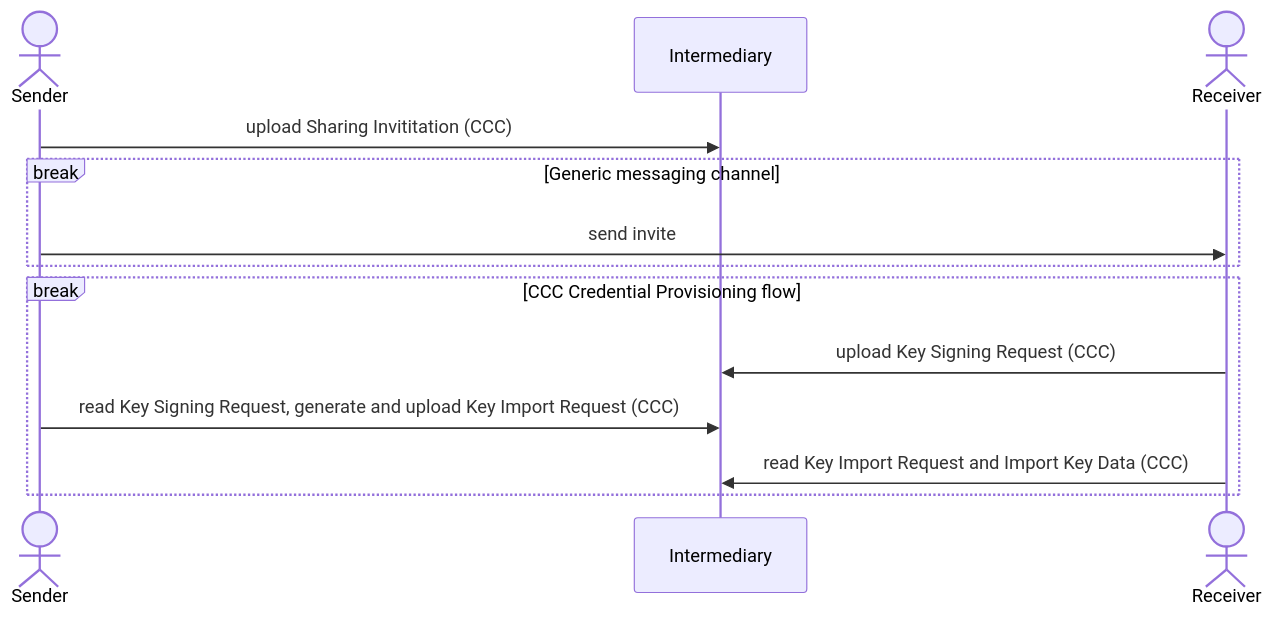
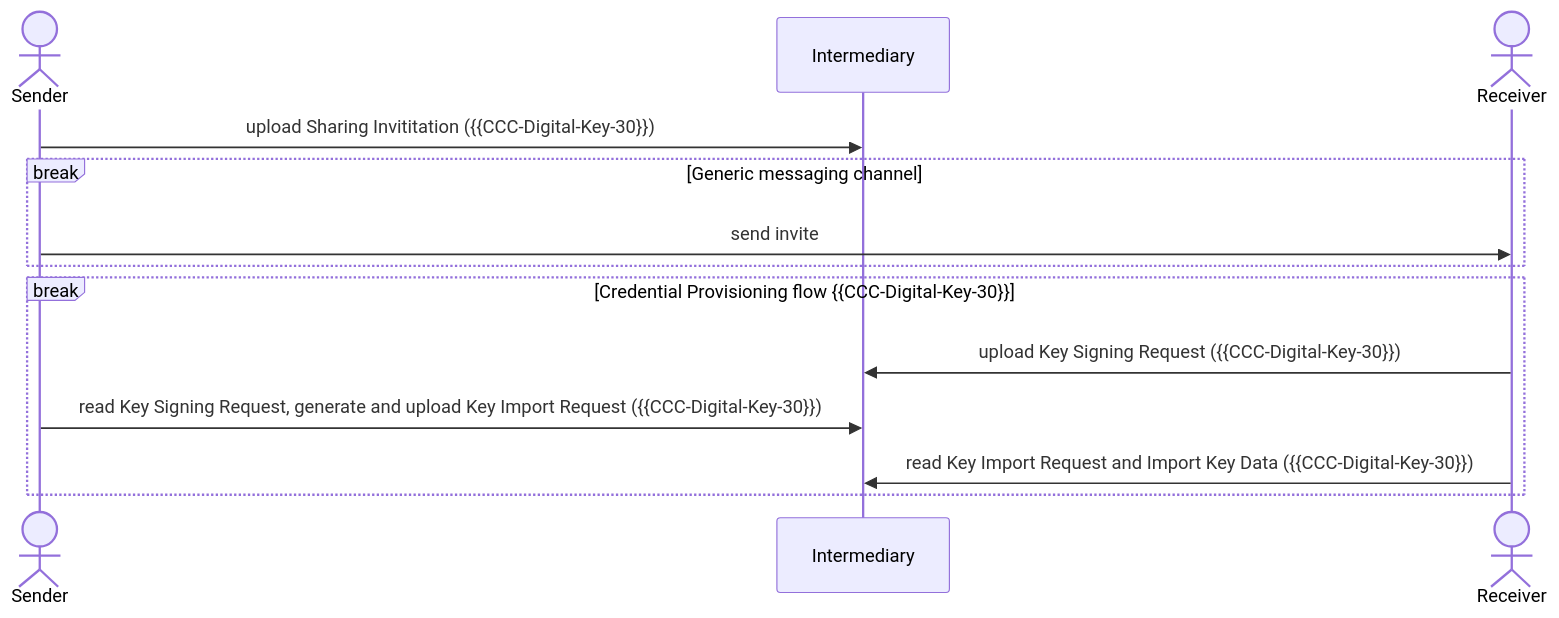
The first of 3 diagrams in draft-tigress-general-requirements.md (dimmyvi/tigress-general-requirements), drawn with Mermaid before and after one commit.

````diff
--- a/draft-tigress-general-requirements.md
+++ b/draft-tigress-general-requirements.md
@@ -87,15 +87,15 @@
 ```mermaid
 sequenceDiagram
     actor S as Sender
     participant I as Intermediary
     actor R as Receiver
-    S ->> I : upload Sharing Invititation (CCC)
+    S ->> I : upload Sharing Invititation ({{CCC-Digital-Key-30}})
     break Generic messaging channel
       S ->> R : send invite
     end
-    break CCC Credential Provisioning flow
-      R ->> I : upload Key Signing Request (CCC)
-      S ->> I : read Key Signing Request, generate and upload Key Import Request (CCC)
-      R ->> I : read Key Import Request and Import Key Data (CCC)
+    break Credential Provisioning flow {{CCC-Digital-Key-30}}
+      R ->> I : upload Key Signing Request ({{CCC-Digital-Key-30}})
+      S ->> I : read Key Signing Request, generate and upload Key Import Request ({{CCC-Digital-Key-30}})
+      R ->> I : read Key Import Request and Import Key Data ({{CCC-Digital-Key-30}})
     end
 ```
````
